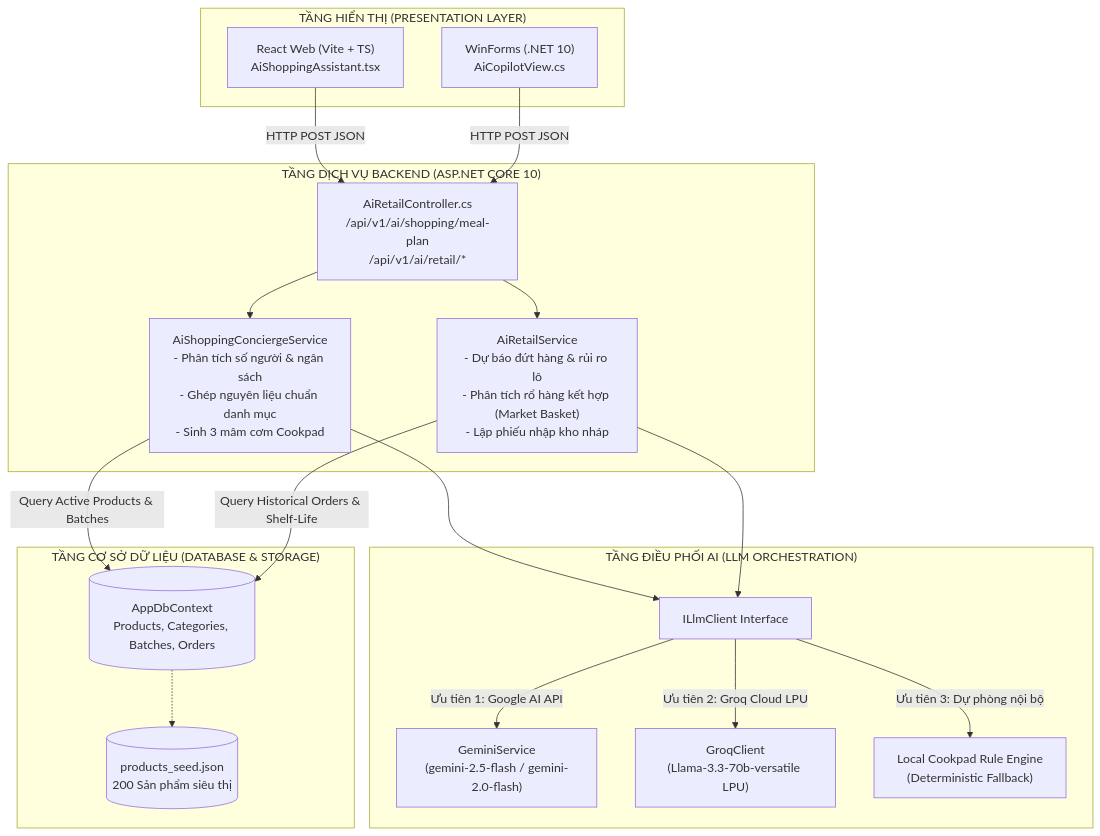
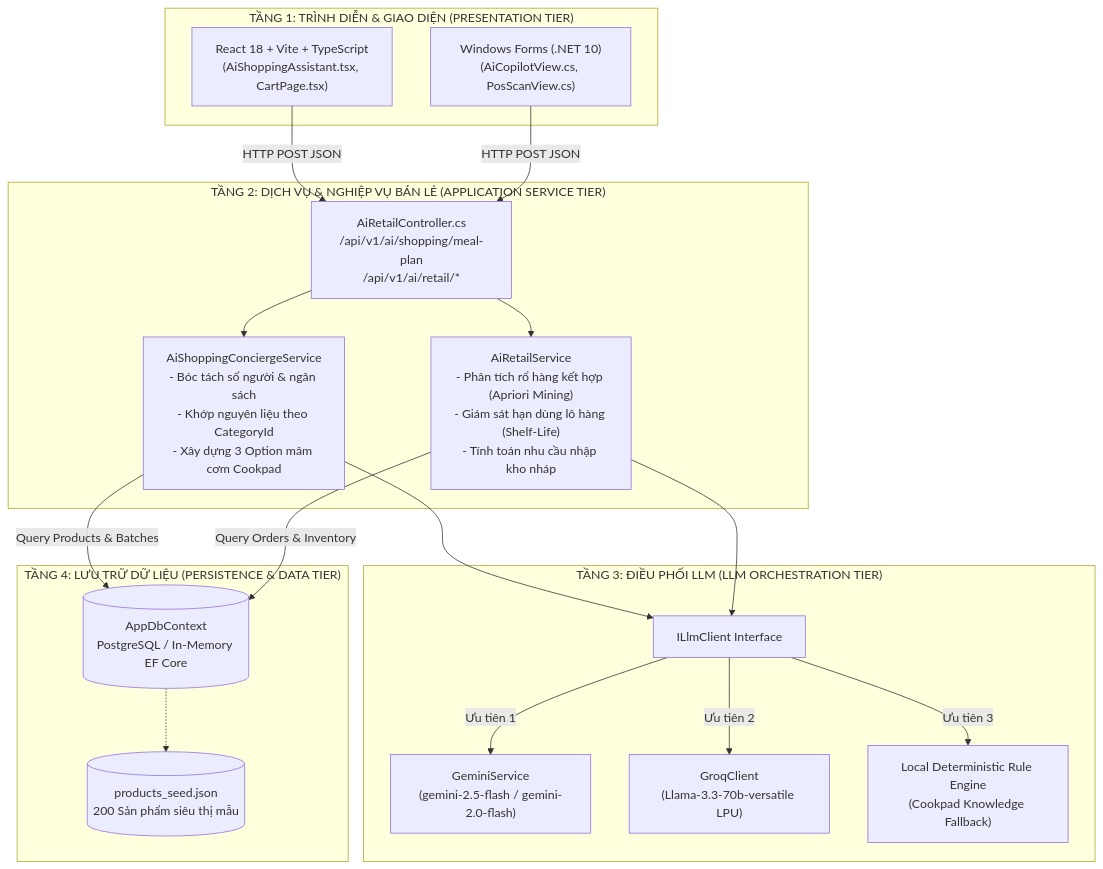
Before and after one commit to huykhang666/smart-supermarket: the first of 2 diagrams in docs/10_AI/01_AI_Architecture.md, drawn with Mermaid. The commit also changed other lines of this file and 10 other files, not shown here.

````diff
--- a/docs/10_AI/01_AI_Architecture.md
+++ b/docs/10_AI/01_AI_Architecture.md
@@ -28,41 +18,41 @@
 ```mermaid
 flowchart TD
-    subgraph Clients["TẦNG HIỂN THỊ (PRESENTATION LAYER)"]
-        UI_Web["React Web (Vite + TS)<br/>AiShoppingAssistant.tsx"]
-        UI_Desktop["WinForms (.NET 10)<br/>AiCopilotView.cs"]
+    subgraph Tier1["TẦNG 1: TRÌNH DIỄN & GIAO DIỆN (PRESENTATION TIER)"]
+        WebClient["React 18 + Vite + TypeScript<br/>(AiShoppingAssistant.tsx, CartPage.tsx)"]
+        DesktopClient["Windows Forms (.NET 10)<br/>(AiCopilotView.cs, PosScanView.cs)"]
     end
 
-    subgraph API_Layer["TẦNG DỊCH VỤ BACKEND (ASP.NET CORE 10)"]
+    subgraph Tier2["TẦNG 2: DỊCH VỤ & NGHIỆP VỤ BÁN LẺ (APPLICATION SERVICE TIER)"]
         Ctrl_Retail["AiRetailController.cs<br/>/api/v1/ai/shopping/meal-plan<br/>/api/v1/ai/retail/*"]
-        Svc_Concierge["AiShoppingConciergeService<br/>- Phân tích số người & ngân sách<br/>- Ghép nguyên liệu chuẩn danh mục<br/>- Sinh 3 mâm cơm Cookpad"]
-        Svc_Retail["AiRetailService<br/>- Dự báo đứt hàng & rủi ro lô<br/>- Phân tích rổ hàng kết hợp (Market Basket)<br/>- Lập phiếu nhập kho nháp"]
+        Svc_Concierge["AiShoppingConciergeService<br/>- Bóc tách số người & ngân sách<br/>- Khớp nguyên liệu theo CategoryId<br/>- Xây dựng 3 Option mâm cơm Cookpad"]
+        Svc_Retail["AiRetailService<br/>- Phân tích rổ hàng kết hợp (Apriori Mining)<br/>- Giám sát hạn dùng lô hàng (Shelf-Life)<br/>- Tính toán nhu cầu nhập kho nháp"]
     end
 
-    subgraph LLM_Layer["TẦNG ĐIỀU PHỐI AI (LLM ORCHESTRATION)"]
+    subgraph Tier3["TẦNG 3: ĐIỀU PHỐI LLM (LLM ORCHESTRATION TIER)"]
         ILlm["ILlmClient Interface"]
         GeminiClient["GeminiService<br/>(gemini-2.5-flash / gemini-2.0-flash)"]
         GroqClient["GroqClient<br/>(Llama-3.3-70b-versatile LPU)"]
-        LocalEngine["Local Cookpad Rule Engine<br/>(Deterministic Fallback)"]
+        LocalEngine["Local Deterministic Rule Engine<br/>(Cookpad Knowledge Fallback)"]
     end
 
-    subgraph Data_Layer["TẦNG CƠ SỞ DỮ LIỆU (DATABASE & STORAGE)"]
-        DB[(AppDbContext<br/>Products, Categories, Batches, Orders)]
-        SeedData[("products_seed.json<br/>200 Sản phẩm siêu thị")]
+    subgraph Tier4["TẦNG 4: LƯU TRỮ DỮ LIỆU (PERSISTENCE & DATA TIER)"]
+        DB[(AppDbContext<br/>PostgreSQL / In-Memory EF Core)]
+        SeedData[("products_seed.json<br/>200 Sản phẩm siêu thị mẫu")]
     end
 
-    UI_Web -->|HTTP POST JSON| Ctrl_Retail
-    UI_Desktop -->|HTTP POST JSON| Ctrl_Retail
+    WebClient -->|HTTP POST JSON| Ctrl_Retail
+    DesktopClient -->|HTTP POST JSON| Ctrl_Retail
     Ctrl_Retail --> Svc_Concierge
     Ctrl_Retail --> Svc_Retail
-
-    Svc_Concierge -->|Query Active Products & Batches| DB
-    Svc_Retail -->|Query Historical Orders & Shelf-Life| DB
-    DB -.-> SeedData
 
     Svc_Concierge --> ILlm
     Svc_Retail --> ILlm
 
-    ILlm -->|Ưu tiên 1: Google AI API| GeminiClient
-    ILlm -->|Ưu tiên 2: Groq Cloud LPU| GroqClient
-    ILlm -->|Ưu tiên 3: Dự phòng nội bộ| LocalEngine
+    ILlm -->|Ưu tiên 1| GeminiClient
+    ILlm -->|Ưu tiên 2| GroqClient
+    ILlm -->|Ưu tiên 3| LocalEngine
+
+    Svc_Concierge -->|Query Products & Batches| DB
+    Svc_Retail -->|Query Orders & Inventory| DB
+    DB -.-> SeedData
 ```
````
